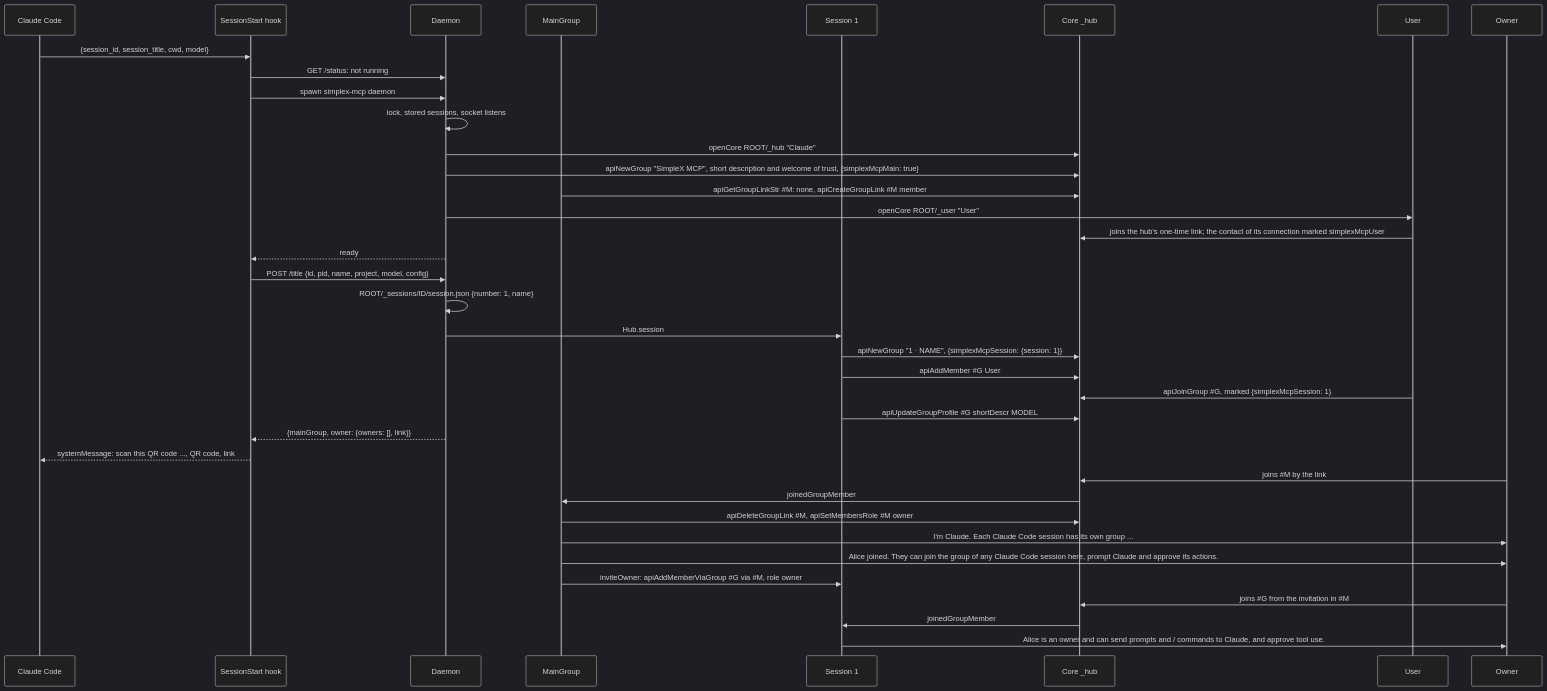
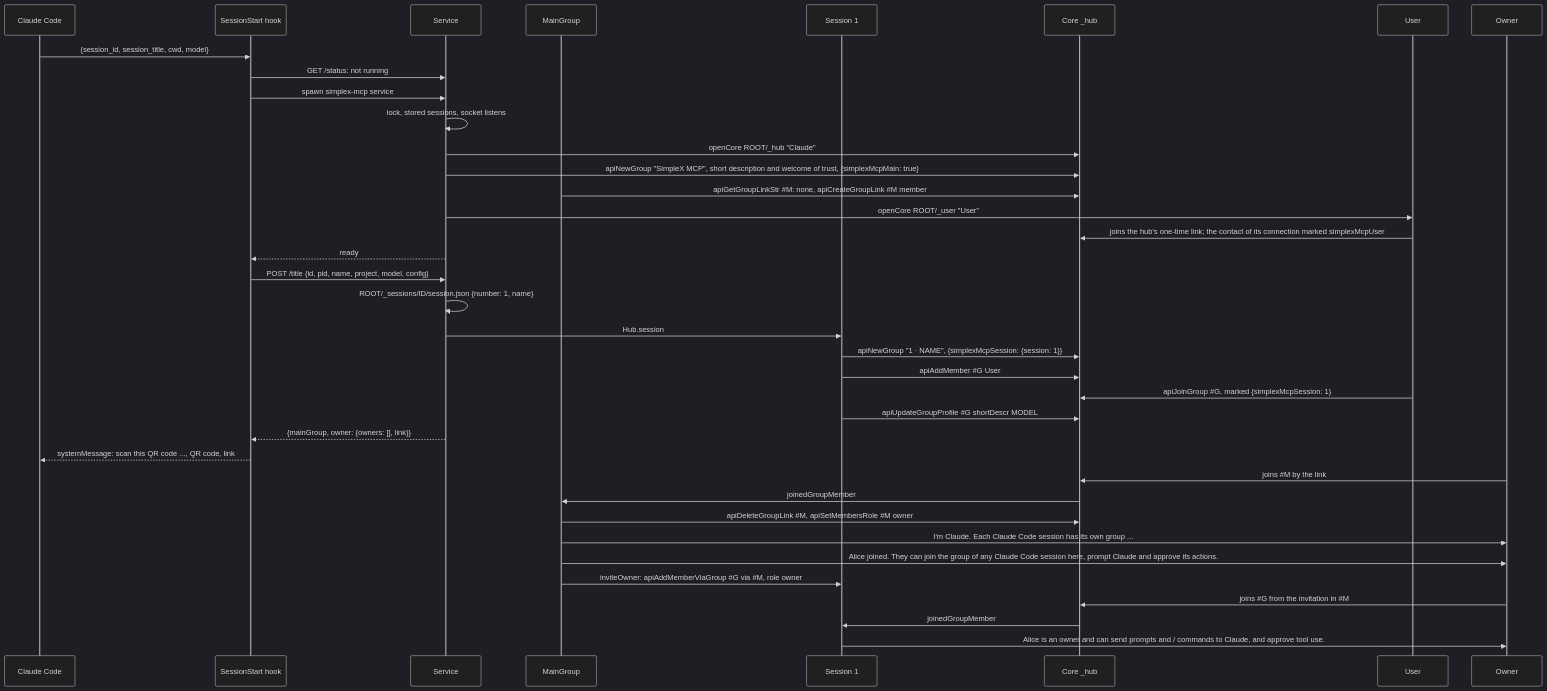
One commit to simplex-chat/simplex-chat changed diagram 17 of 30 in packages/simplex-chat-mcp/spec/flows.md. Above: the diagram before and after it, drawn with Mermaid (dark theme). The commit also changed other lines of this file and 28 other files, not shown here.

Commit message:
mcp: rename the plugin's daemon to the service

````diff
--- a/packages/simplex-chat-mcp/spec/flows.md
+++ b/packages/simplex-chat-mcp/spec/flows.md
@@ -766,39 +766,39 @@
 ```mermaid
 sequenceDiagram
   participant CC as Claude Code
   participant HK as SessionStart hook
-  participant D as Daemon
+  participant D as Service
   participant M as MainGroup
   participant N as Session 1
   participant C as Core _hub
   participant U as User
   participant O as Owner
   CC->>HK: {session_id, session_title, cwd, model}
   HK->>D: GET /status: not running
-  HK->>D: spawn simplex-mcp daemon
+  HK->>D: spawn simplex-mcp service
   D->>D: lock, stored sessions, socket listens
   D->>C: openCore ROOT/_hub "Claude"
   D->>C: apiNewGroup "SimpleX MCP", short description and welcome of trust, {simplexMcpMain: true}
   M->>C: apiGetGroupLinkStr #35;M: none, apiCreateGroupLink #35;M member
   D->>U: openCore ROOT/_user "User"
   U->>C: joins the hub's one-time link#59; the contact of its connection marked simplexMcpUser
   D-->>HK: ready
   HK->>D: POST /title {id, pid, name, project, model, config}
   D->>D: ROOT/_sessions/ID/session.json {number: 1, name}
   D->>N: Hub.session
   N->>C: apiNewGroup "1 · NAME", {simplexMcpSession: {session: 1}}
   N->>C: apiAddMember #35;G User
   U->>C: apiJoinGroup #35;G, marked {simplexMcpSession: 1}
   N->>C: apiUpdateGroupProfile #35;G shortDescr MODEL
   D-->>HK: {mainGroup, owner: {owners: [], link}}
   HK-->>CC: systemMessage: scan this QR code ..., QR code, link
   O->>C: joins #35;M by the link
   C->>M: joinedGroupMember
   M->>C: apiDeleteGroupLink #35;M, apiSetMembersRole #35;M owner
   M->>O: I'm Claude. Each Claude Code session has its own group ...
   M->>O: Alice joined. They can join the group of any Claude Code session here, prompt Claude and approve its actions.
   M->>N: inviteOwner: apiAddMemberViaGroup #35;G via #35;M, role owner
   O->>C: joins #35;G from the invitation in #35;M
   C->>N: joinedGroupMember
   N->>O: Alice is an owner and can send prompts and / commands to Claude, and approve tool use.
 ```
````
